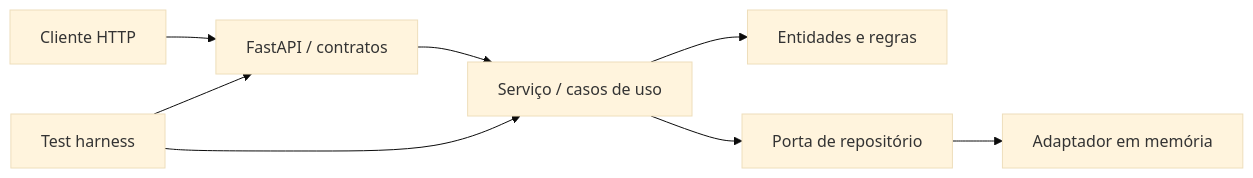
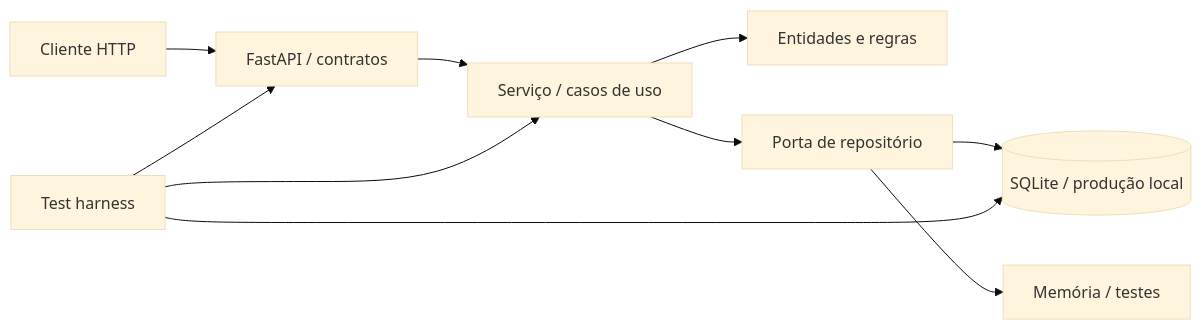
One commit to MorimFr/entrega-inicial changed the diagram in README.md. Above: the diagram before and after it, drawn with Mermaid (base theme). The commit also changed other lines of this file and 11 other files, not shown here.

````diff
--- a/README.md
+++ b/README.md
@@ -26,10 +29,12 @@
 ```mermaid
 flowchart LR
     Client[Cliente HTTP] --> API[FastAPI / contratos]
     API --> Service[Serviço / casos de uso]
     Service --> Domain[Entidades e regras]
     Service --> Port[Porta de repositório]
-    Port --> Memory[Adaptador em memória]
+    Port --> SQLite[(SQLite / produção local)]
+    Port --> Memory[Memória / testes]
     Tests[Test harness] --> API
     Tests --> Service
+    Tests --> SQLite
 ```
````
